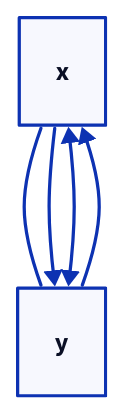
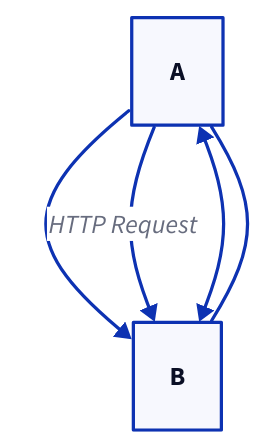
Before and after one commit to chyax98/DiagramAI: the third of 24 diagrams in docs/kroki/d2/syntax-rules.md, drawn with D2. The commit also changed other lines of this file and 52 other files, not shown here.

````diff
--- a/docs/kroki/d2/syntax-rules.md
+++ b/docs/kroki/d2/syntax-rules.md
@@ -63,6 +44,13 @@
 ```d2
-x -- y   # 无向连接
-x -> y   # 右向箭头
-x <- y   # 左向箭头
-x <-> y  # 双向箭头
+# 无标签连接
+A -> B
+
+# 带标签连接
+A -> B: HTTP Request
+
+# 双向连接
+A <-> B
+
+# 无箭头连接
+A -- B
 ```
````
